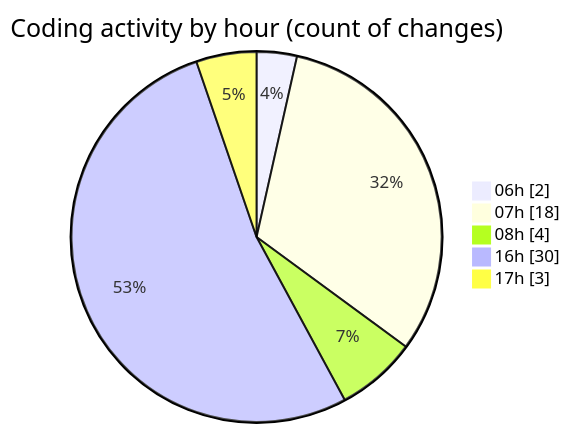
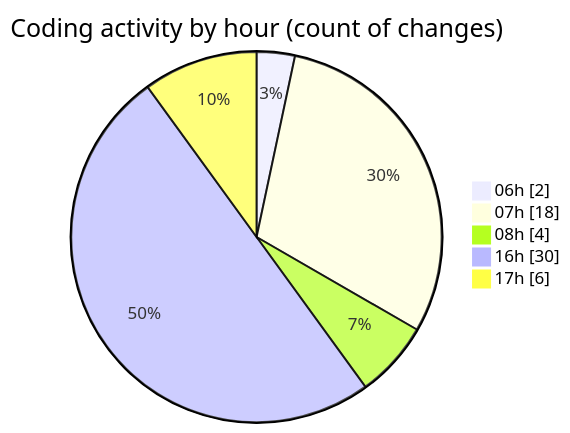
The second of 2 diagrams in 2025-01-27/termonied-web/README.md (robertbonfada/code-tracking), drawn with Mermaid before and after one commit. The commit also changed other lines of this file and 1 other file, not shown here.

````diff
--- a/2025-01-27/termonied-web/README.md
+++ b/2025-01-27/termonied-web/README.md
@@ -35,9 +35,9 @@
 ```mermaid
 pie showData
 title Coding activity by hour (count of changes)
 "06h" : 2
 "07h" : 18
 "08h" : 4
 "16h" : 30
-"17h" : 3
+"17h" : 6
 ```
````
